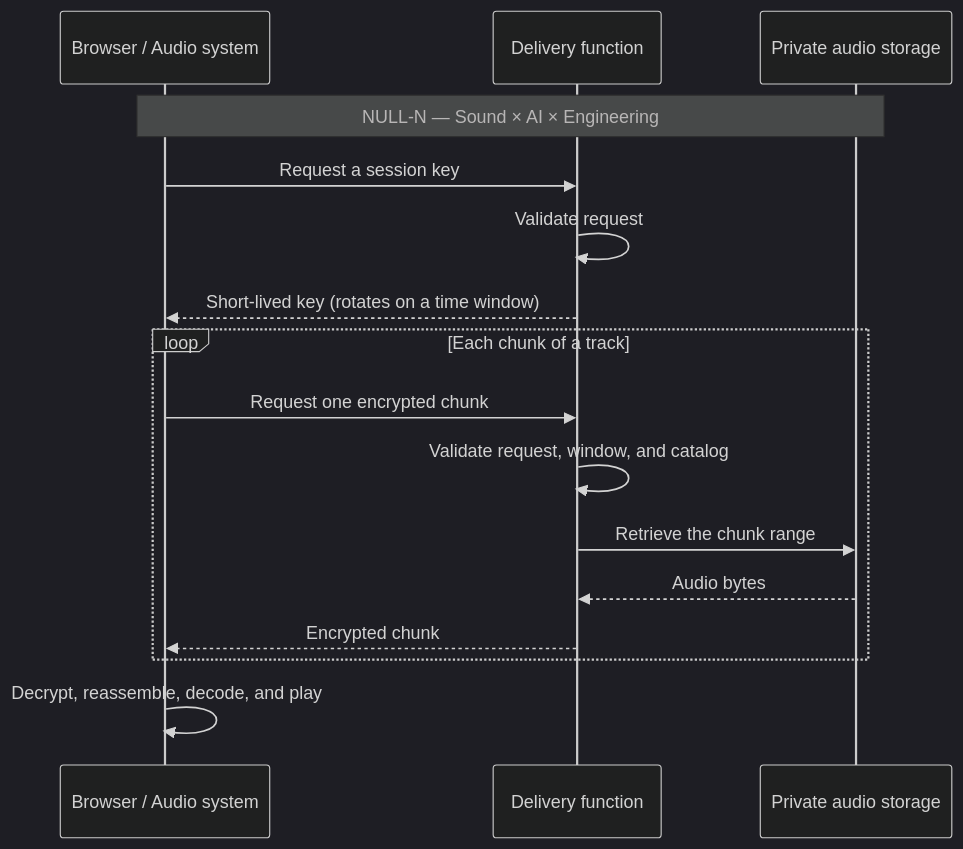
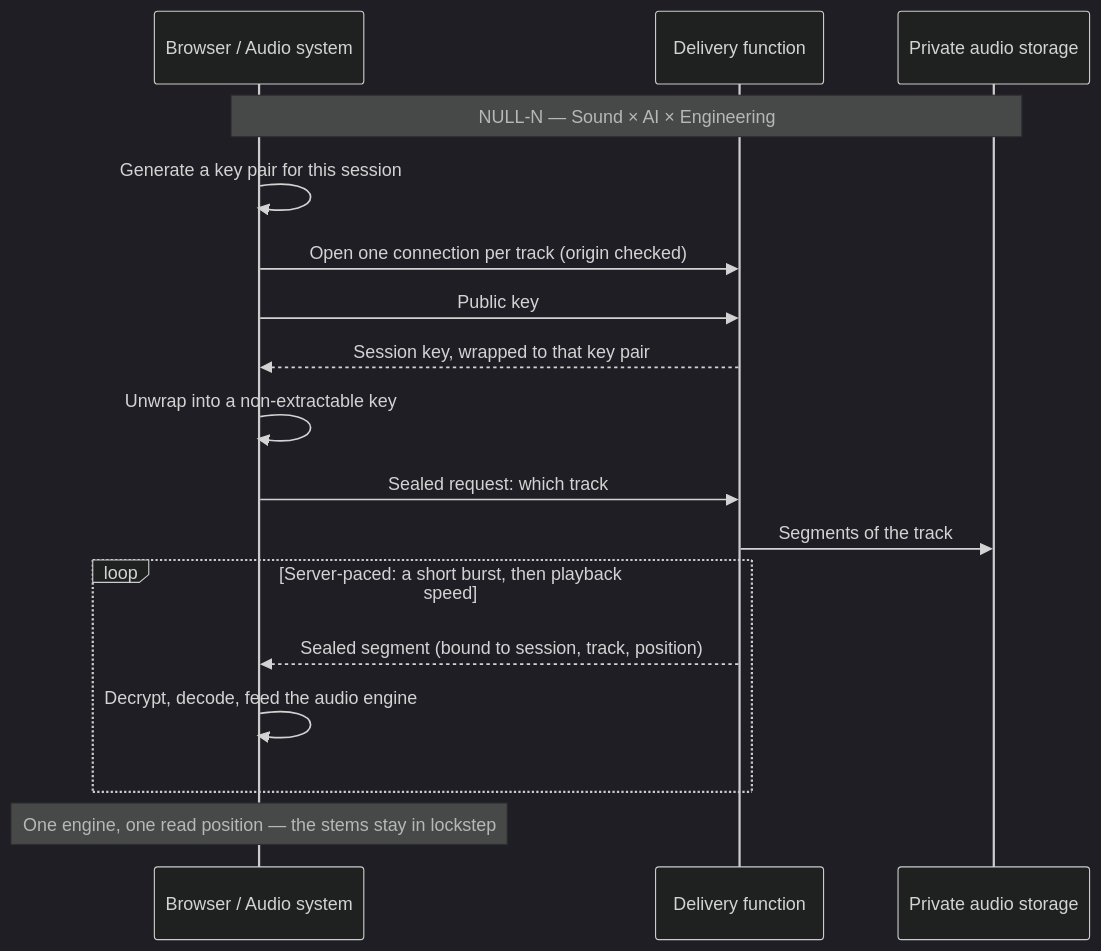
Before and after one commit to NULL-N/null-n.com-case-study: the second of 2 diagrams in README.md, drawn with Mermaid (dark theme). The commit also changed other lines of this file and 1 other file, not shown here.

Commit message:
Advance the delivery boundary to sealed sessions

````diff
--- a/README.md
+++ b/README.md
@@ -161,19 +179,20 @@
 ```mermaid
 sequenceDiagram
   participant Browser as Browser / Audio system
   participant Function as Delivery function
   participant R2 as Private audio storage
   Note over Browser,R2: NULL-N — Sound × AI × Engineering
 
-  Browser->>Function: Request a session key
-  Function->>Function: Validate request
-  Function-->>Browser: Short-lived key (rotates on a time window)
-  loop Each chunk of a track
-    Browser->>Function: Request one encrypted chunk
-    Function->>Function: Validate request, window, and catalog
-    Function->>R2: Retrieve the chunk range
-    R2-->>Function: Audio bytes
-    Function-->>Browser: Encrypted chunk
+  Browser->>Browser: Generate a key pair for this session
+  Browser->>Function: Open one connection per track (origin checked)
+  Browser->>Function: Public key
+  Function-->>Browser: Session key, wrapped to that key pair
+  Browser->>Browser: Unwrap into a non-extractable key
+  Browser->>Function: Sealed request: which track
+  Function->>R2: Segments of the track
+  loop Server-paced: a short burst, then playback speed
+    Function-->>Browser: Sealed segment (bound to session, track, position)
+    Browser->>Browser: Decrypt, decode, feed the audio engine
   end
-  Browser->>Browser: Decrypt, reassemble, decode, and play
+  Note over Browser: One engine, one read position — the stems stay in lockstep
 ```
````
